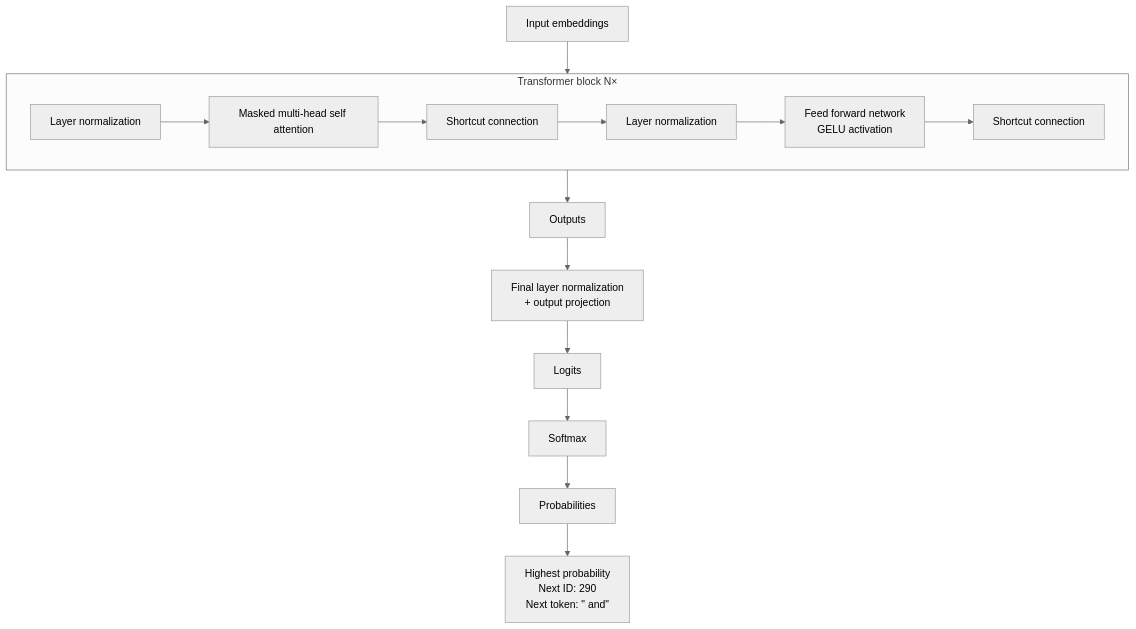
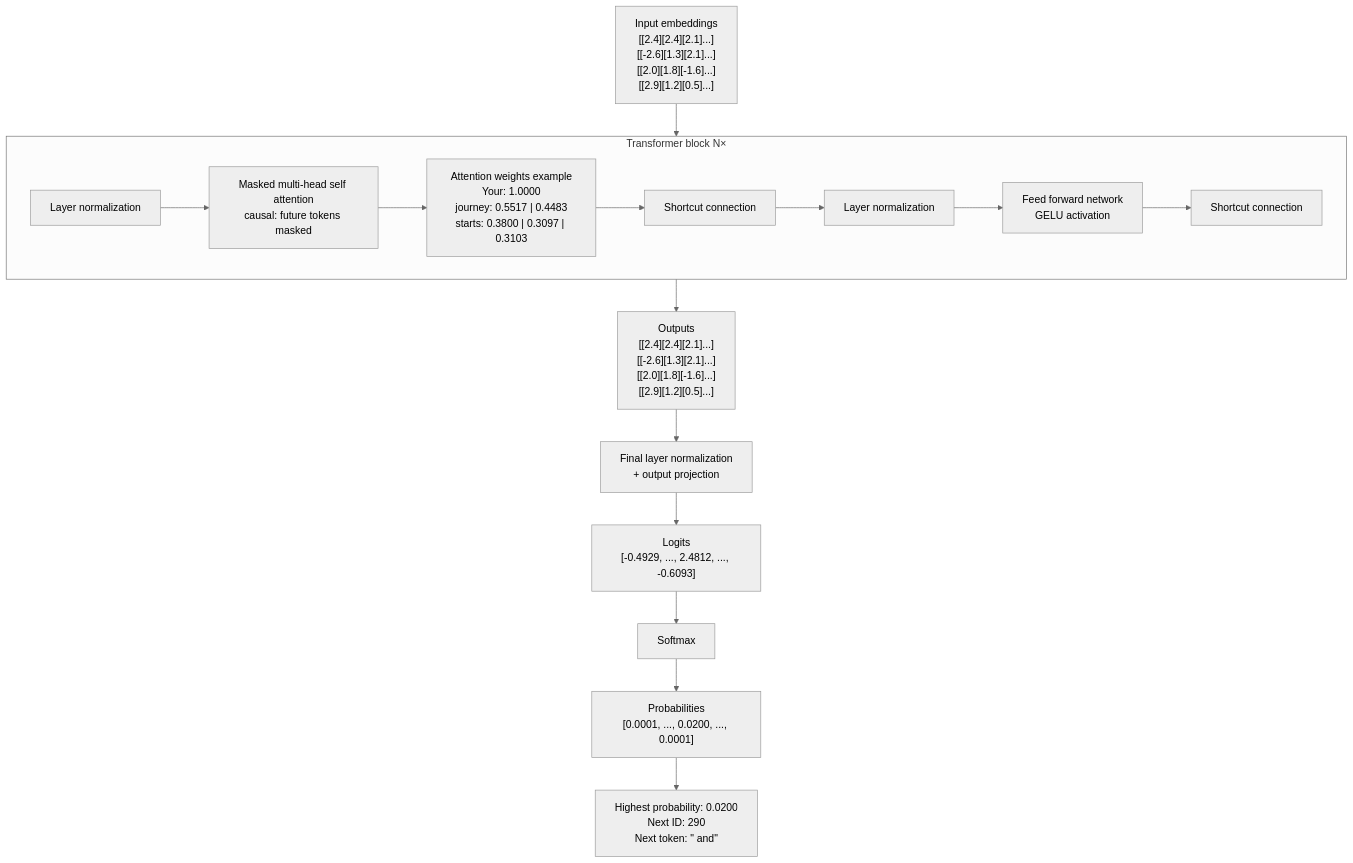
One commit to vielhuber/hellollm changed the diagram in src/1.4_MODEL.md. Above: the diagram before and after it, drawn with Mermaid (neutral theme). The commit also changed 4 other files, not shown here.

Commit message:
- Add clickable mermaid node to 1.0_PRETRAINING.md for "Open training data" and "Open flow". - Add clickable mermaid node to 1.2_FLOW.md for "Open embedding flow" and "Open model flow". - Enhance descriptions in 1.3_EMBEDDING.md and 1.4_MODEL.md with detailed data and calculations.

````diff
--- a/src/1.4_MODEL.md
+++ b/src/1.4_MODEL.md
@@ -1,24 +1,25 @@
 ```mermaid
 flowchart TD
-    A["Input embeddings"]
+    A["Input embeddings<br/>[[2.4][2.4][2.1]...]<br/>[[-2.6][1.3][2.1]...]<br/>[[2.0][1.8][-1.6]...]<br/>[[2.9][1.2][0.5]...]"]
 
     subgraph T["Transformer block N×"]
         B["Layer normalization"]
-        C["Masked multi-head self attention"]
+        C["Masked multi-head self attention<br/>causal: future tokens masked"]
+        C2["Attention weights example<br/>Your: 1.0000<br/>journey: 0.5517 | 0.4483<br/>starts: 0.3800 | 0.3097 | 0.3103"]
         D["Shortcut connection"]
         E["Layer normalization"]
         F["Feed forward network<br/>GELU activation"]
         G["Shortcut connection"]
 
-        B --> C --> D --> E --> F --> G
+        B --> C --> C2 --> D --> E --> F --> G
     end
 
-    H["Outputs"]
+    H["Outputs<br/>[[2.4][2.4][2.1]...]<br/>[[-2.6][1.3][2.1]...]<br/>[[2.0][1.8][-1.6]...]<br/>[[2.9][1.2][0.5]...]"]
     I["Final layer normalization<br/>+ output projection"]
-    J["Logits"]
+    J["Logits<br/>[-0.4929, ..., 2.4812, ..., -0.6093]"]
     K["Softmax"]
-    L["Probabilities"]
-    M["Highest probability<br/>Next ID: 290<br/>Next token: &quot; and&quot;"]
+    L["Probabilities<br/>[0.0001, ..., 0.0200, ..., 0.0001]"]
+    M["Highest probability: 0.0200<br/>Next ID: 290<br/>Next token: &quot; and&quot;"]
 
     A --> T --> H --> I --> J --> K --> L --> M
 ```
````
